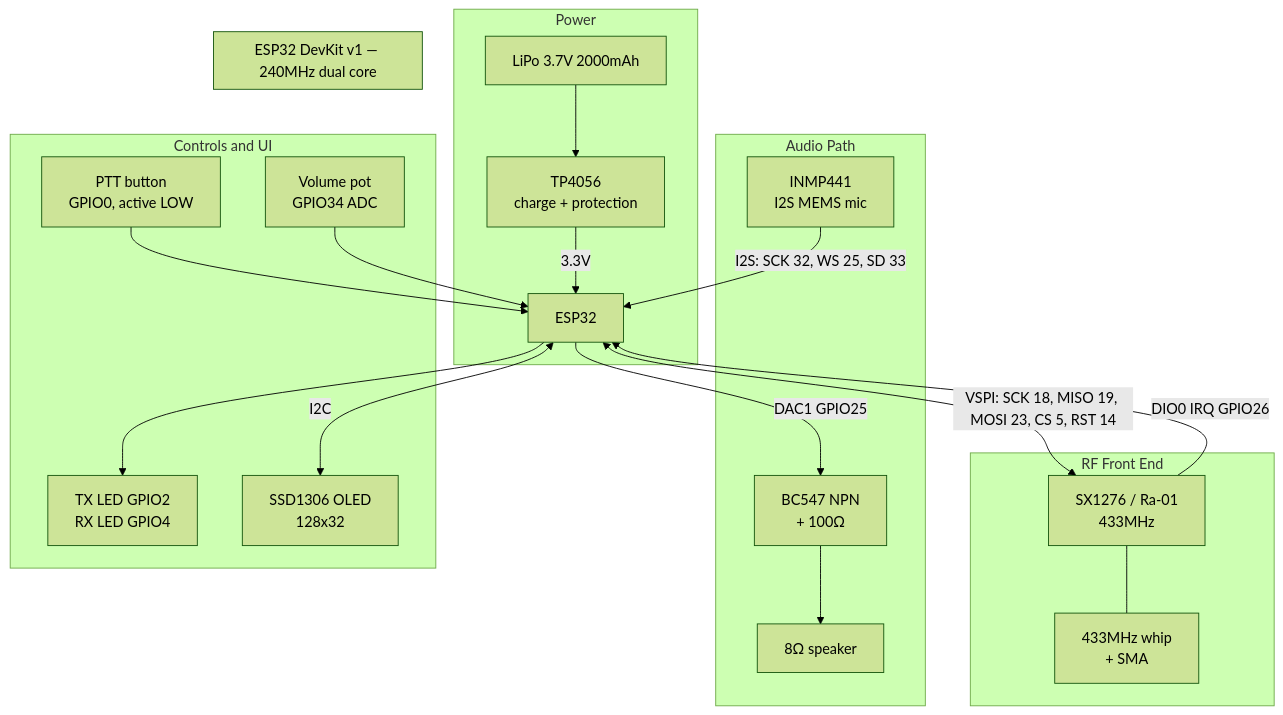
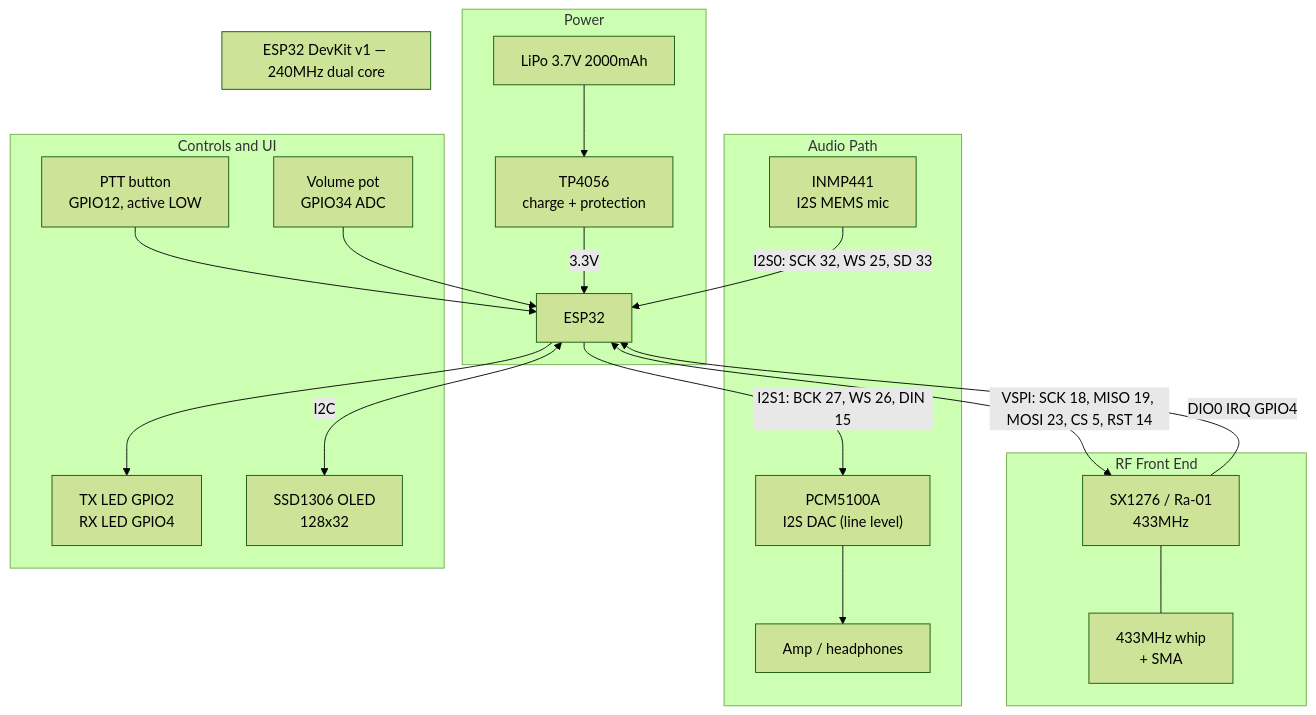
The first of 2 diagrams in README.md (NadeeshaNJ/Ranger), drawn with Mermaid (forest theme) before and after one commit. The commit also changed other lines of this file and 5 other files, not shown here.

````diff
--- a/README.md
+++ b/README.md
@@ -48,40 +48,40 @@
 ```mermaid
 graph TB
     subgraph POWER["Power"]
         BAT["LiPo 3.7V 2000mAh"] --> TP["TP4056<br/>charge + protection"]
         TP -->|3.3V| ESP
     end
 
     subgraph MCU["ESP32 DevKit v1 — 240MHz dual core"]
         ESP["ESP32"]
     end
 
     subgraph RF["RF Front End"]
         LORA["SX1276 / Ra-01<br/>433MHz"]
         ANT["433MHz whip<br/>+ SMA"]
         LORA --- ANT
     end
 
     subgraph AUDIO["Audio Path"]
         MIC["INMP441<br/>I2S MEMS mic"]
-        AMP["BC547 NPN<br/>+ 100Ω"]
-        SPK["8Ω speaker"]
+        AMP["PCM5100A<br/>I2S DAC (line level)"]
+        SPK["Amp / headphones"]
         AMP --> SPK
     end
 
     subgraph UI["Controls and UI"]
-        PTT["PTT button<br/>GPIO0, active LOW"]
+        PTT["PTT button<br/>GPIO12, active LOW"]
         LEDS["TX LED GPIO2<br/>RX LED GPIO4"]
         POT["Volume pot<br/>GPIO34 ADC"]
         OLED["SSD1306 OLED<br/>128x32"]
     end
 
-    MIC -->|"I2S: SCK 32, WS 25, SD 33"| ESP
-    ESP -->|"DAC1 GPIO25"| AMP
+    MIC -->|"I2S0: SCK 32, WS 25, SD 33"| ESP
+    ESP -->|"I2S1: BCK 27, WS 26, DIN 15"| AMP
     ESP <-->|"VSPI: SCK 18, MISO 19, MOSI 23, CS 5, RST 14"| LORA
-    LORA -->|"DIO0 IRQ GPIO26"| ESP
+    LORA -->|"DIO0 IRQ GPIO4"| ESP
     ESP <-->|"I2C"| OLED
     PTT --> ESP
     POT --> ESP
     ESP --> LEDS
 ```
````
